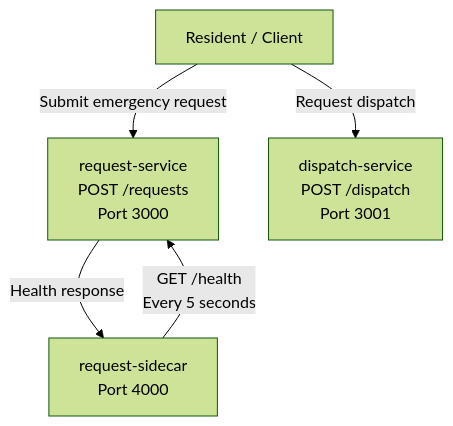
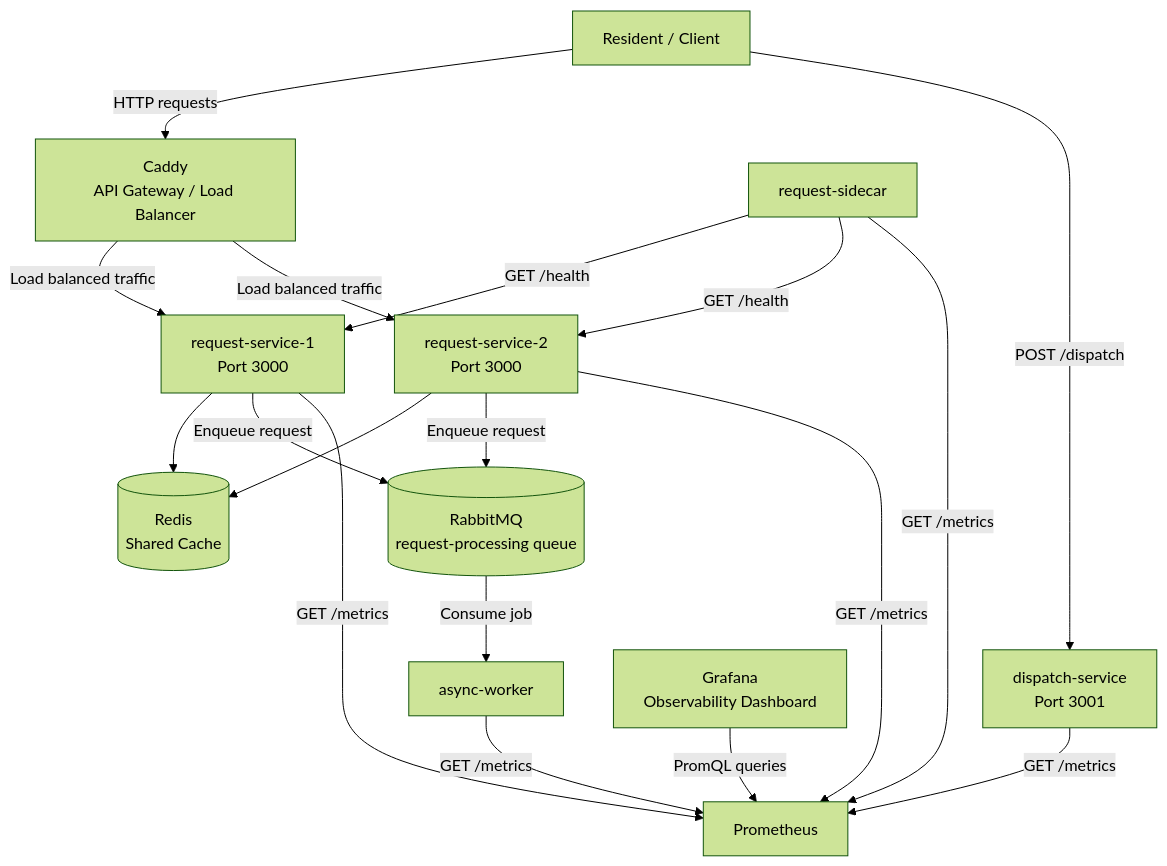
Before and after one commit to cs-426-team10/426-project-team-10: the diagram in docs/SERVICES.md, drawn with Mermaid (forest theme). The commit also changed other lines of this file, not shown here.

Commit message:
Finalize service architecture documentation

````diff
--- a/docs/SERVICES.md
+++ b/docs/SERVICES.md
@@ -37,17 +17,31 @@
 ```mermaid
 flowchart TD
-    Resident["Resident / Client"]
 
-    Request["request-service<br/>POST /requests<br/>Port 3000"]
+    Client["Resident / Client"]
 
-    Dispatch["dispatch-service<br/>POST /dispatch<br/>Port 3001"]
+    Client -->|HTTP requests| Caddy["Caddy<br/>API Gateway / Load Balancer"]
 
-    Sidecar["request-sidecar<br/>Port 4000"]
+    Caddy -->|Load balanced traffic| Request1["request-service-1<br/>Port 3000"]
+    Caddy -->|Load balanced traffic| Request2["request-service-2<br/>Port 3000"]
 
-    Resident -->|"Submit emergency request"| Request
-    Resident -->|"Request dispatch"| Dispatch
+    Request1 --> Redis[("Redis<br/>Shared Cache")]
+    Request2 --> Redis
 
-    Sidecar -->|"GET /health<br/>Every 5 seconds"| Request
+    Request1 -->|Enqueue request| RabbitMQ[("RabbitMQ<br/>request-processing queue")]
+    Request2 -->|Enqueue request| RabbitMQ
 
-    Request -->|"Health response"| Sidecar
+    RabbitMQ -->|Consume job| Worker["async-worker"]
+
+    Sidecar["request-sidecar"] -->|GET /health| Request1
+    Sidecar -->|GET /health| Request2
+
+    Client -->|POST /dispatch| Dispatch["dispatch-service<br/>Port 3001"]
+
+    Request1 -->|GET /metrics| Prometheus["Prometheus"]
+    Request2 -->|GET /metrics| Prometheus
+    Dispatch -->|GET /metrics| Prometheus
+    Sidecar -->|GET /metrics| Prometheus
+    Worker -->|GET /metrics| Prometheus
+
+    Grafana["Grafana<br/>Observability Dashboard"] -->|PromQL queries| Prometheus
 ```
````
